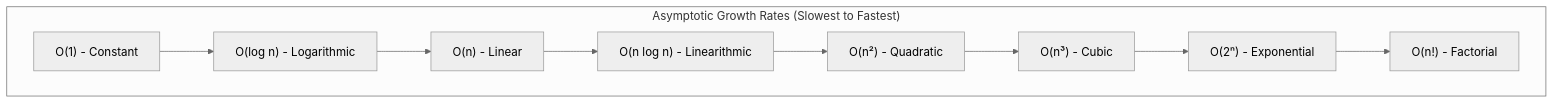
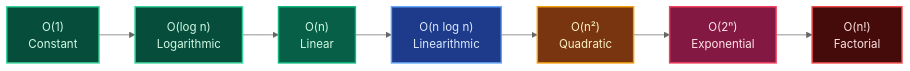
One commit to 1345AbhishekKumar/cs-cookbook changed the second of 12 diagrams in content/docs/dsa/01-foundations-and-linear-structures/01-complexity-and-big-o-notation.mdx. Above: the diagram before and after it, drawn with Mermaid (neutral theme). The commit also changed other lines of this file and 211 other files, not shown here.

````diff
--- a/content/docs/dsa/01-foundations-and-linear-structures/01-complexity-and-big-o-notation.mdx
+++ b/content/docs/dsa/01-foundations-and-linear-structures/01-complexity-and-big-o-notation.mdx
@@ -75,12 +123,17 @@
 ```mermaid
-flowchart TD
-    subgraph GrowthHierarchy["Asymptotic Growth Rates (Slowest to Fastest)"]
-        O1["O(1) - Constant"] --> OLogN["O(log n) - Logarithmic"]
-        OLogN --> ON["O(n) - Linear"]
-        ON --> ONLogN["O(n log n) - Linearithmic"]
-        ONLogN --> ON2["O(n²) - Quadratic"]
-        ON2 --> ON3["O(n³) - Cubic"]
-        ON3 --> O2N["O(2ⁿ) - Exponential"]
-        O2N --> ONFact["O(n!) - Factorial"]
-    end
+flowchart LR
+    O1["O(1)<br/>Constant"] --> OLog["O(log n)<br/>Logarithmic"]
+    OLog --> ON["O(n)<br/>Linear"]
+    ON --> ONLog["O(n log n)<br/>Linearithmic"]
+    ONLog --> ON2["O(n²)<br/>Quadratic"]
+    ON2 --> O2N["O(2ⁿ)<br/>Exponential"]
+    O2N --> ONFact["O(n!)<br/>Factorial"]
+
+    style O1 fill:#064e3b,stroke:#34d399,stroke-width:2px,color:#d1fae5
+    style OLog fill:#064e3b,stroke:#34d399,stroke-width:2px,color:#d1fae5
+    style ON fill:#065f46,stroke:#10b981,stroke-width:2px,color:#d1fae5
+    style ONLog fill:#1e3a8a,stroke:#60a5fa,stroke-width:2px,color:#dbeafe
+    style ON2 fill:#78350f,stroke:#f59e0b,stroke-width:2px,color:#fef3c7
+    style O2N fill:#831843,stroke:#f43f5e,stroke-width:2px,color:#ffe4e6
+    style ONFact fill:#450a0a,stroke:#ef4444,stroke-width:2px,color:#fee2e2
 ```
````
